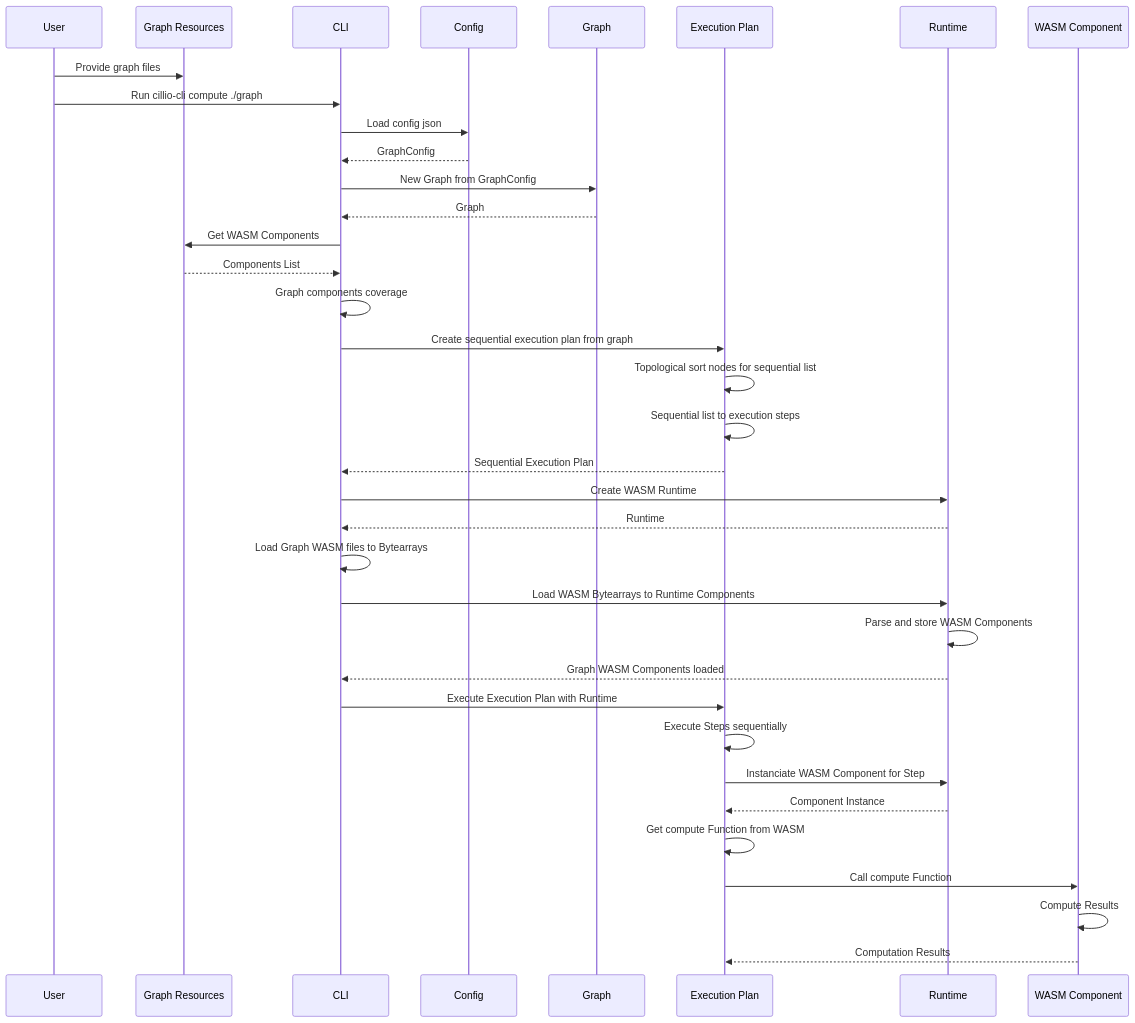
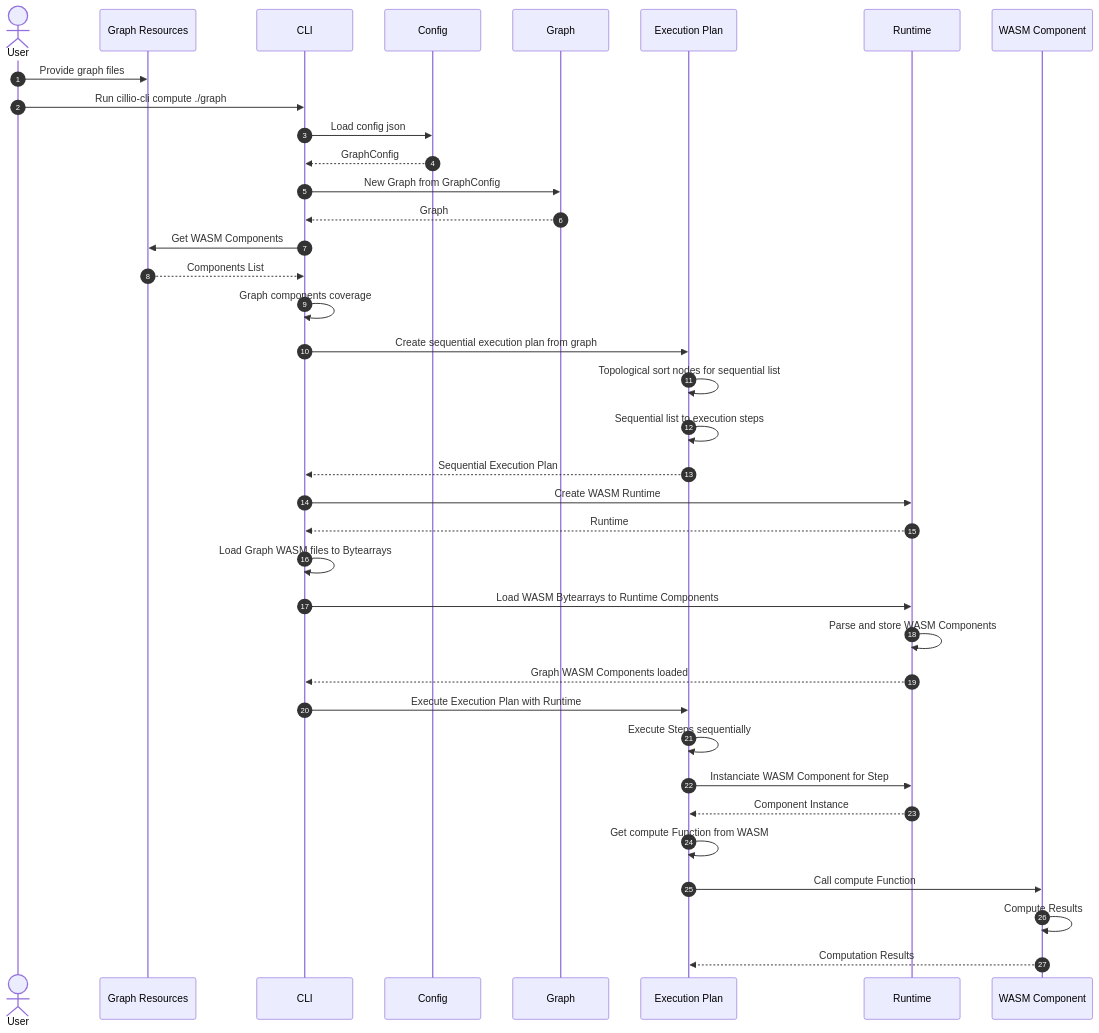
Before and after one commit to ungerpeter/cillio: the diagram in docs/compute_graph.mmd, drawn with Mermaid. The commit also changed 18 other files, not shown here.

```diff
--- a/docs/compute_graph.mmd
+++ b/docs/compute_graph.mmd
@@ -1,43 +1,43 @@
 sequenceDiagram
-
-participant User as User
+autonumber
+actor User as User
 participant Res as Graph Resources
 participant Cli as CLI
 participant Config
 participant Graph as Graph
 participant ExecPlan as Execution Plan
 participant Runtime as Runtime
 participant Component as WASM Component
 
 User ->> Res: Provide graph files
 User ->> Cli: Run cillio-cli compute ./graph
 
 Cli ->> Config: Load config json
 Config -->> Cli: GraphConfig
 Cli ->> Graph: New Graph from GraphConfig
 Graph -->> Cli: Graph
 
 Cli ->> Res: Get WASM Components
 Res -->> Cli: Components List
 Cli ->> Cli: Graph components coverage
 
 Cli ->> ExecPlan: Create sequential execution plan from graph
 ExecPlan ->> ExecPlan: Topological sort nodes for sequential list
 ExecPlan ->> ExecPlan: Sequential list to execution steps
 ExecPlan -->> Cli: Sequential Execution Plan
 
 Cli ->> Runtime: Create WASM Runtime
 Runtime -->> Cli: Runtime
 Cli ->> Cli: Load Graph WASM files to Bytearrays
 Cli ->> Runtime: Load WASM Bytearrays to Runtime Components
 Runtime ->> Runtime: Parse and store WASM Components
 Runtime -->> Cli: Graph WASM Components loaded
 
 Cli ->> ExecPlan: Execute Execution Plan with Runtime
 ExecPlan ->> ExecPlan: Execute Steps sequentially
 ExecPlan ->> Runtime: Instanciate WASM Component for Step
 Runtime -->> ExecPlan: Component Instance
 ExecPlan ->> ExecPlan: Get compute Function from WASM
 ExecPlan ->> Component: Call compute Function
 Component ->> Component: Compute Results
 Component -->> ExecPlan: Computation Results
```
